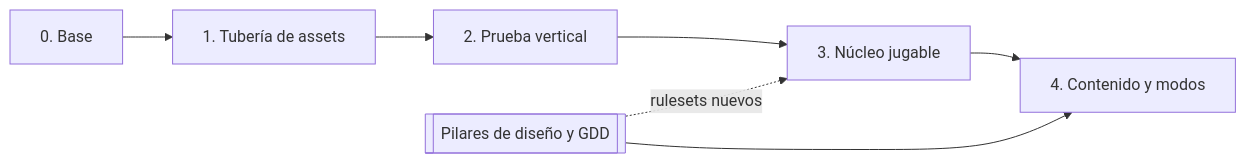
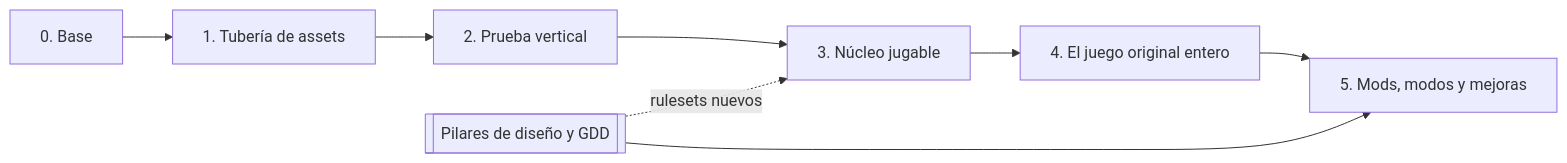
One commit to Indie-Modding-Games/dw-engine changed the diagram in docs/plan/index.md. Above: the diagram before and after it, drawn with Mermaid. The commit also changed other lines of this file and 85 other files, not shown here.

````diff
--- a/docs/plan/index.md
+++ b/docs/plan/index.md
@@ -20,6 +23,6 @@
 ```mermaid
 flowchart LR
-    f0[0. Base] --> f1[1. Tubería de assets] --> f2[2. Prueba vertical] --> f3[3. Núcleo jugable] --> f4[4. Contenido y modos]
+    f0[0. Base] --> f1[1. Tubería de assets] --> f2[2. Prueba vertical] --> f3[3. Núcleo jugable] --> f4[4. El juego original entero] --> f5[5. Mods, modos y mejoras]
     gdd[[Pilares de diseño y GDD]] -.->|rulesets nuevos| f3
-    gdd --> f4
+    gdd --> f5
 ```
````
